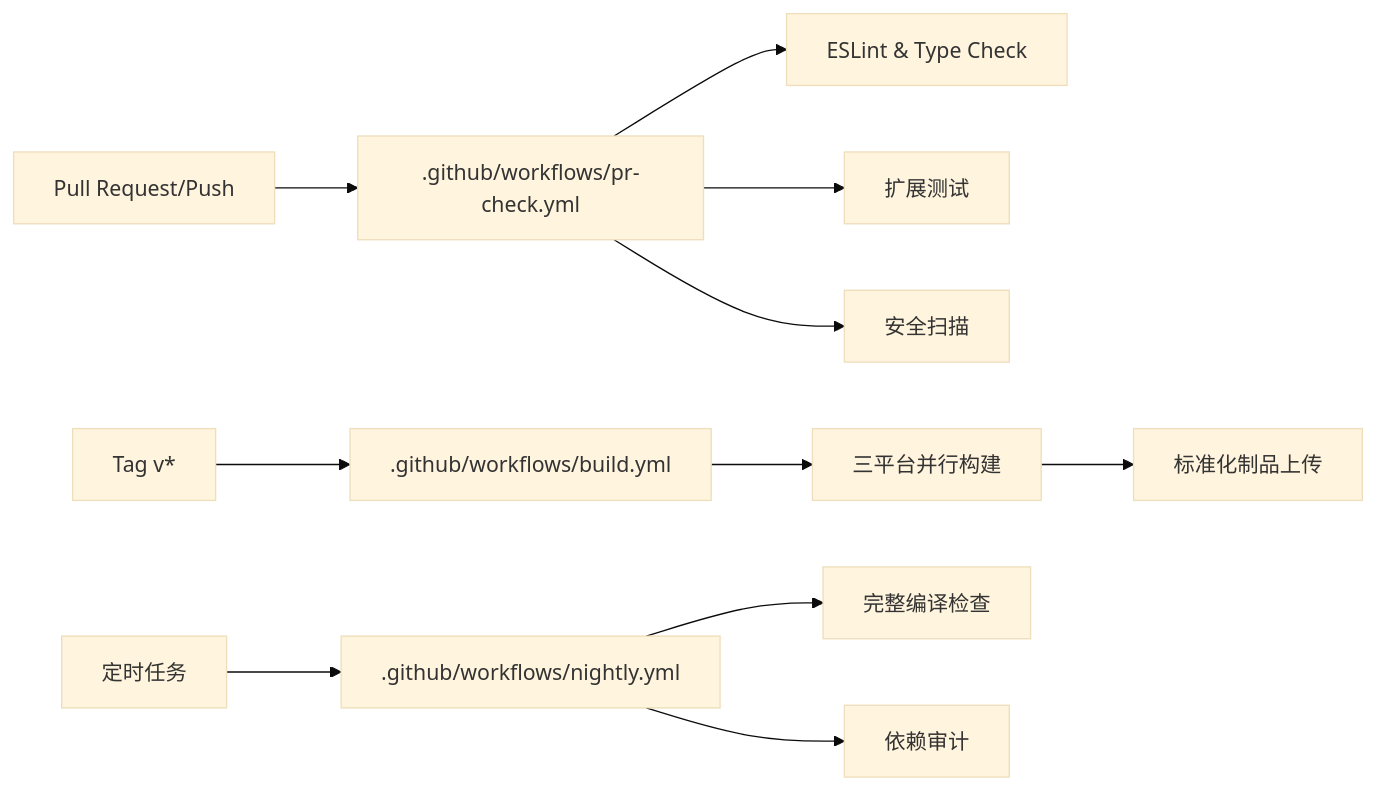
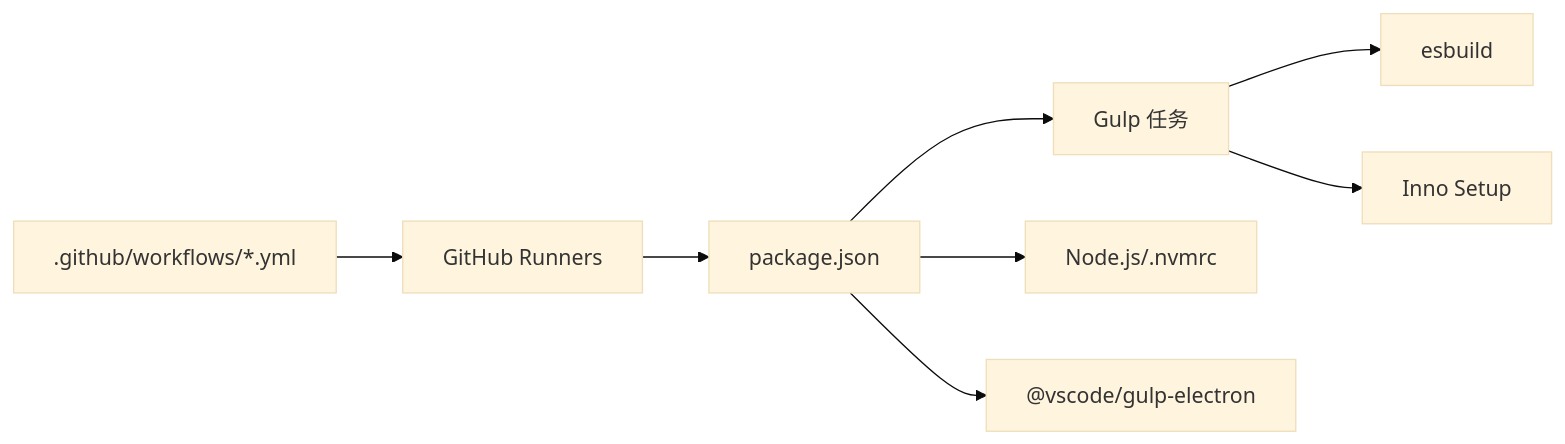
One commit to sofate798/KodrixCode changed the seventh of 7 diagrams in .qoder/repowiki/zh/content/构建与部署/构建与部署.md. Above: the diagram before and after it, drawn with Mermaid (base theme). The commit also changed other lines of this file and 178 other files, not shown here.

````diff
--- a/.qoder/repowiki/zh/content/构建与部署/构建与部署.md
+++ b/.qoder/repowiki/zh/content/构建与部署/构建与部署.md
@@ -333,13 +247,10 @@
 ```mermaid
 graph LR
-PR["Pull Request/Push"] --> PRCheck[".github/workflows/pr-check.yml"]
-Tag["Tag v*"] --> Build[".github/workflows/build.yml"]
-Schedule["定时任务"] --> Nightly[".github/workflows/nightly.yml"]
-PRCheck --> Lint["ESLint & Type Check"]
-PRCheck --> Test["扩展测试"]
-PRCheck --> Security["安全扫描"]
-Build --> MultiPlatform["三平台并行构建"]
-MultiPlatform --> Artifacts["标准化制品上传"]
-Nightly --> FullCompile["完整编译检查"]
-Nightly --> DepAudit["依赖审计"]
+Pkg["package.json"] --> Gulp["Gulp 任务"]
+Gulp --> Esb["esbuild"]
+Gulp --> Iso["Inno Setup"]
+CI[".github/workflows/*.yml"] --> Runner["GitHub Runners"]
+Runner --> Pkg
+Pkg --> Node["Node.js/.nvmrc"]
+Pkg --> Electron["@vscode/gulp-electron"]
 ```
````
